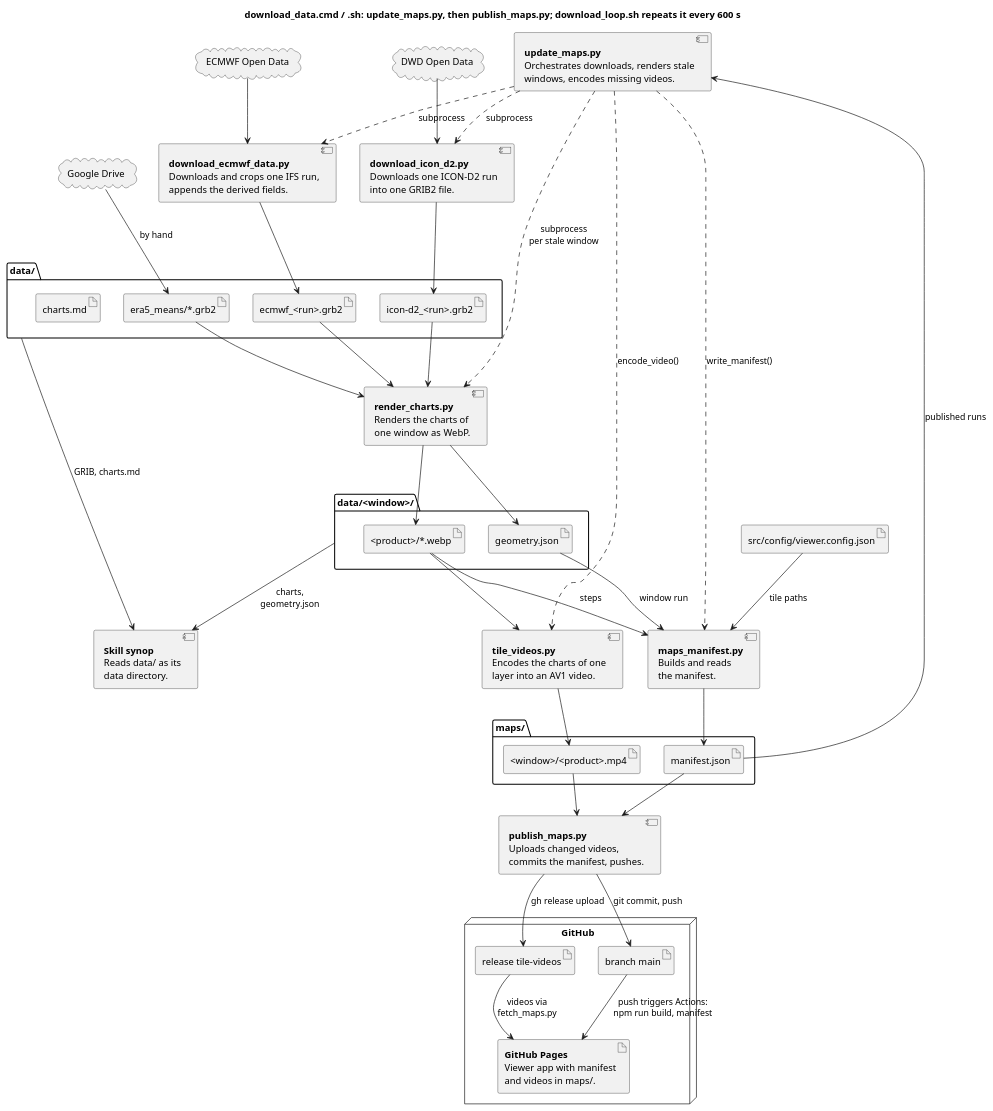
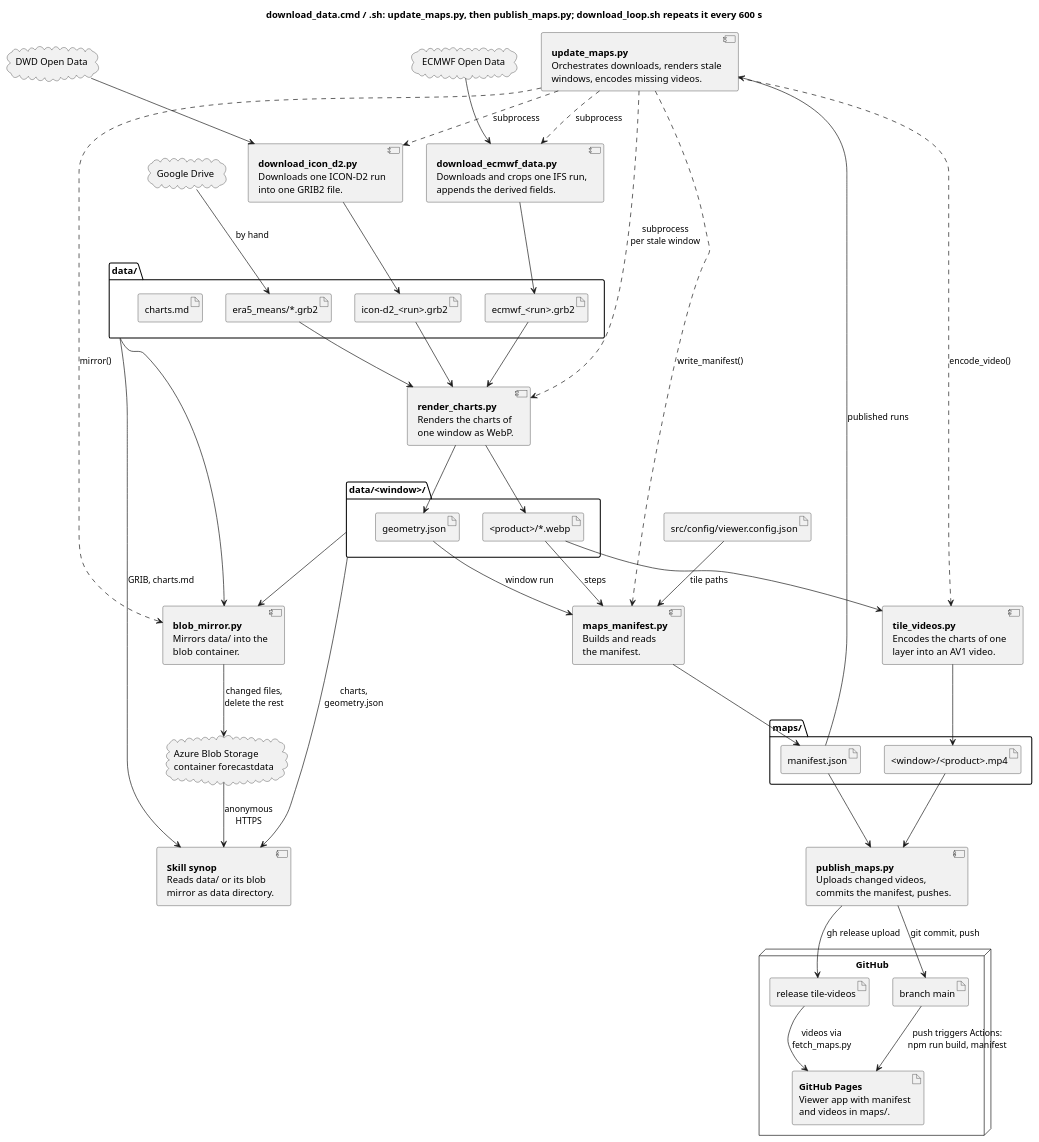
Before and after one commit to schletz/wetterkartenviewer: the first of 5 diagrams in REFERENCE.scripts.md, drawn with PlantUML. The commit also changed other lines of this file and 6 other files, not shown here.

First line of the commit message:
Mirror data/ to the Azure blob container of the synop skill

````diff
--- a/REFERENCE.scripts.md
+++ b/REFERENCE.scripts.md
@@ -34,6 +34,7 @@
 cloud "ECMWF Open Data" as ecmwf
 cloud "DWD Open Data" as dwd
 cloud "Google Drive" as gdrive
+cloud "Azure Blob Storage\ncontainer forecastdata" as blob
 component update_maps [
  **update_maps.py**
  Orchestrates downloads, renders stale
@@ -69,10 +70,15 @@
  Uploads changed videos,
  commits the manifest, pushes.
 ]
+component blob_mirror [
+ **blob_mirror.py**
+ Mirrors data/ into the
+ blob container.
+]
 component synop [
  **Skill synop**
- Reads data/ as its
- data directory.
+ Reads data/ or its blob
+ mirror as data directory.
 ]
 folder "data/" as data_dir {
  artifact "ecmwf_<run>.grb2" as ecmwf_grib
@@ -103,6 +109,7 @@
 update_maps ..> render_charts : subprocess\nper stale window
 update_maps ..> tile_videos : encode_video()
 update_maps ..> maps_manifest : write_manifest()
+update_maps ..> blob_mirror : mirror()
 ecmwf --> download_ecmwf
 dwd --> download_icon
 gdrive --> era5 : by hand
@@ -128,5 +135,9 @@
 release --> pages : videos via\nfetch_maps.py
 data_dir --> synop : GRIB, charts.md
 window_dir --> synop : charts,\ngeometry.json
+data_dir --> blob_mirror
+window_dir --> blob_mirror
+blob_mirror --> blob : changed files,\ndelete the rest
+blob --> synop : anonymous\nHTTPS
 @enduml
 ```
````
